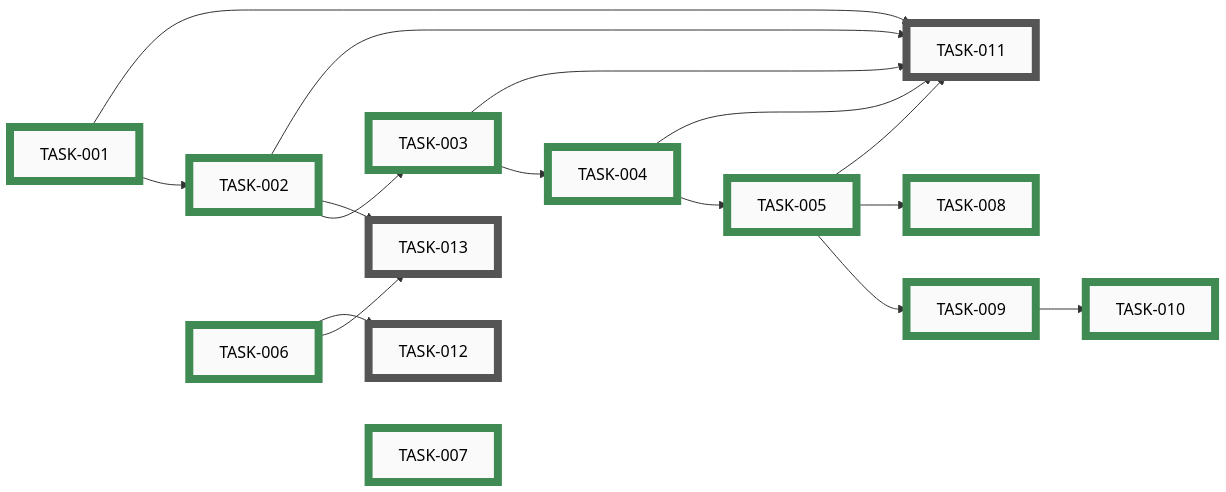
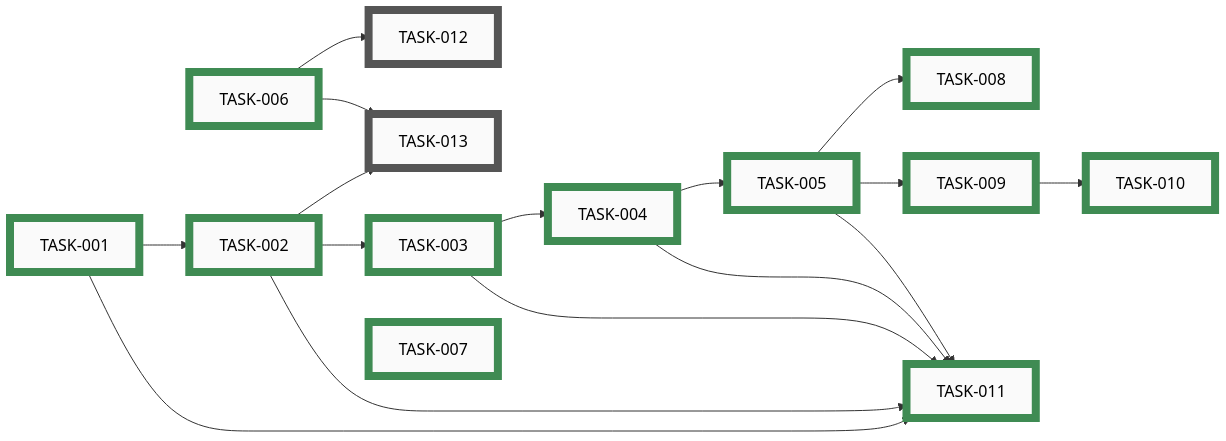
The diagram in docs/developers/tasks/EPICS.md (tgd1975/PartsLedger), drawn with Mermaid before and after one commit. The commit also changed other lines of this file and 4 other files, not shown here.

First line of the commit message:
close TASK-011: Rewrite CLAUDE.md to mirror CircuitSmith's framework

````diff
--- a/docs/developers/tasks/EPICS.md
+++ b/docs/developers/tasks/EPICS.md
@@ -21,53 +21,53 @@
 ```mermaid
 graph LR
-    TASK_011["TASK-011"]:::open
     TASK_012["TASK-012"]:::open
     TASK_013["TASK-013"]:::open
     TASK_001["TASK-001"]:::closed
     TASK_002["TASK-002"]:::closed
     TASK_003["TASK-003"]:::closed
     TASK_004["TASK-004"]:::closed
     TASK_005["TASK-005"]:::closed
     TASK_006["TASK-006"]:::closed
     TASK_007["TASK-007"]:::closed
     TASK_008["TASK-008"]:::closed
     TASK_009["TASK-009"]:::closed
     TASK_010["TASK-010"]:::closed
-    TASK_001 --> TASK_011
-    TASK_002 --> TASK_011
-    TASK_003 --> TASK_011
-    TASK_004 --> TASK_011
-    TASK_005 --> TASK_011
+    TASK_011["TASK-011"]:::closed
     TASK_006 --> TASK_012
     TASK_002 --> TASK_013
     TASK_006 --> TASK_013
     TASK_001 --> TASK_002
     TASK_002 --> TASK_003
     TASK_003 --> TASK_004
     TASK_004 --> TASK_005
     TASK_005 --> TASK_008
     TASK_005 --> TASK_009
     TASK_009 --> TASK_010
+    TASK_001 --> TASK_011
+    TASK_002 --> TASK_011
+    TASK_003 --> TASK_011
+    TASK_004 --> TASK_011
+    TASK_005 --> TASK_011
     TASK_001 ~~~ TASK_006 ~~~ TASK_007
-    click TASK_011 "open/task-011-claude-md-rewrite.md"
     click TASK_012 "open/task-012-epic-run-and-autonomy.md"
     click TASK_013 "open/task-013-apply-branch-protection.md"
     click TASK_001 "closed/task-001-delete-sync-layer.md"
     click TASK_002 "closed/task-002-python-skeleton.md"
     click TASK_003 "closed/task-003-replace-pre-commit.md"
     click TASK_004 "closed/task-004-upgrade-commit-skill.md"
     click TASK_005 "closed/task-005-settings-json.md"
     click TASK_006 "closed/task-006-docs-verbatim-port.md"
     click TASK_007 "closed/task-007-architecture-doc.md"
     click TASK_008 "closed/task-008-security-review-hooks.md"
     click TASK_009 "closed/task-009-codeowner-mechanism.md"
     click TASK_010 "closed/task-010-codeowner-starter-skills.md"
+    click TASK_011 "closed/task-011-claude-md-rewrite.md"
     classDef open    fill:#FAFAFA,stroke:#555,stroke-width:8px,color:#000
     classDef active  fill:#FAFAFA,stroke:#1A6FA8,stroke-width:8px,color:#000
     classDef closed  fill:#FAFAFA,stroke:#3F8B53,stroke-width:8px,color:#000
     classDef paused  fill:#FAFAFA,stroke:#B07810,stroke-width:8px,color:#000
     classDef openExt    fill:#000,stroke:#888,stroke-width:8px,color:#FFF
     classDef activeExt  fill:#000,stroke:#3FA9F5,stroke-width:8px,color:#FFF
     classDef closedExt  fill:#000,stroke:#7CC68A,stroke-width:8px,color:#FFF
     classDef pausedExt  fill:#000,stroke:#F0B030,stroke-width:8px,color:#FFF
 ```
````
